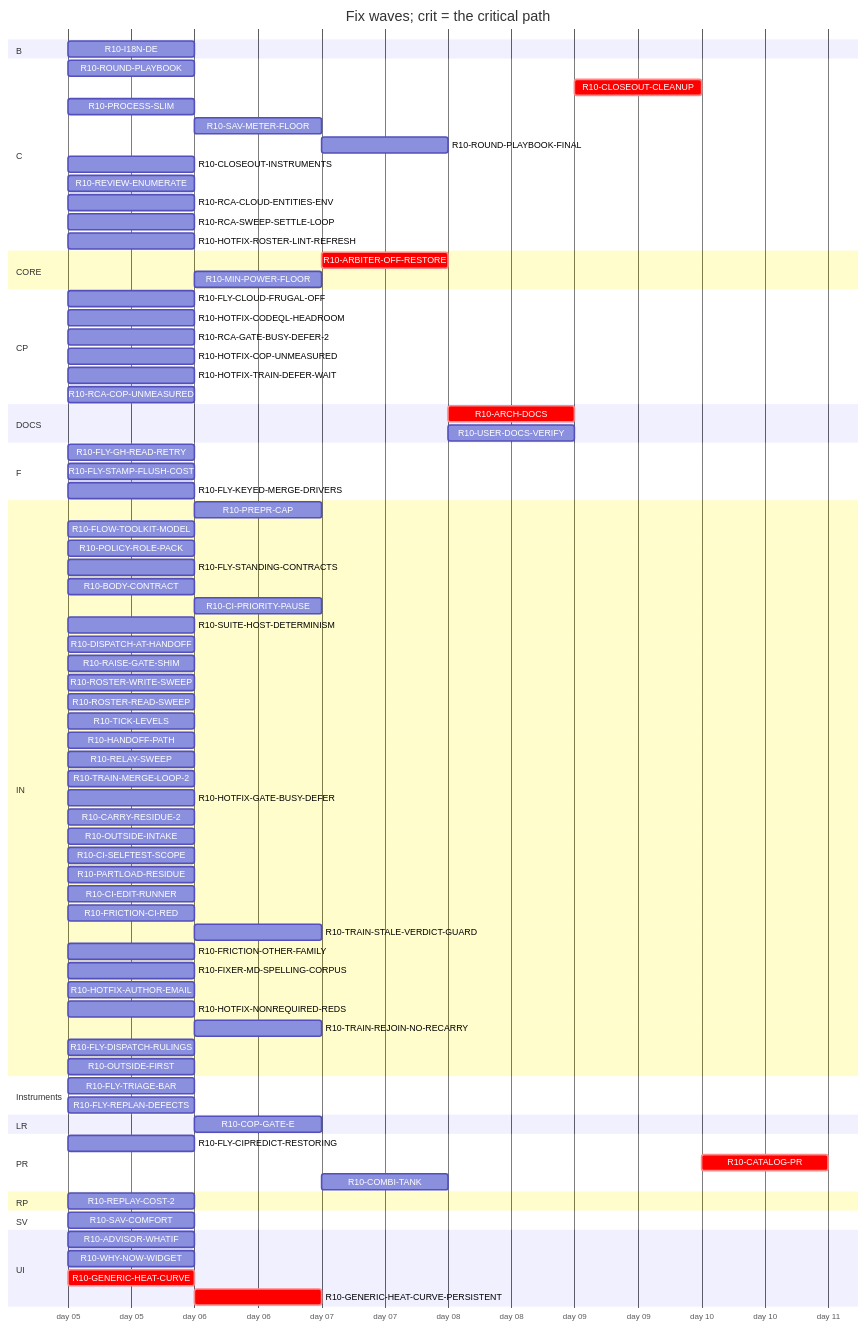
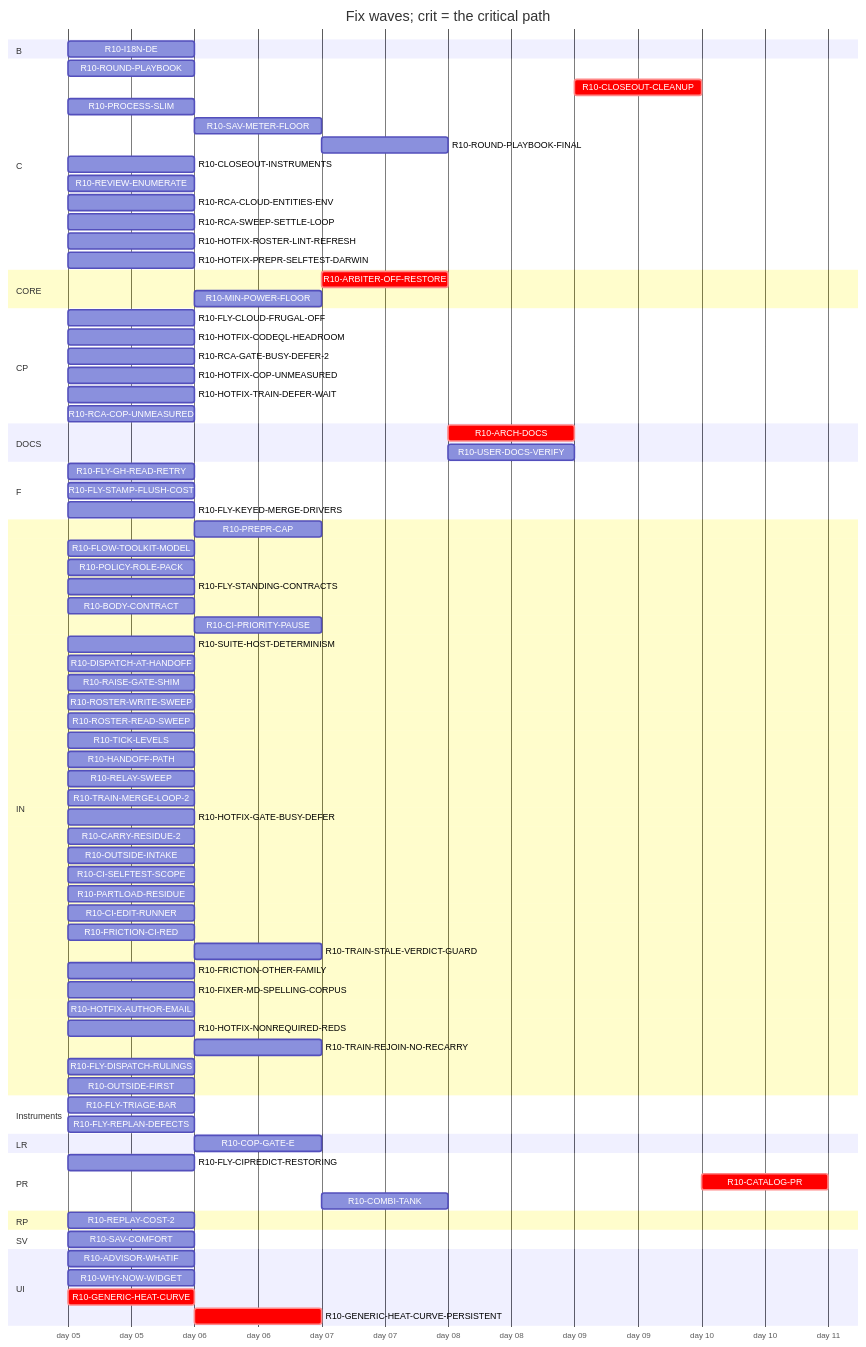
One commit to tvofi/heatpump_optimizer changed the diagram in handoff/round10/state/PLAN-TABLE.md. Above: the diagram before and after it, drawn with Mermaid. The commit also changed other lines of this file and 4 other files, not shown here.

Commit message:
state: FLOW-BOARD.md, NEXT-SESSION-PROMPT.md, PLAN-TABLE.md, PLAN.html, RESUME-CURRENT.md regenerated (state_docs.py)

```diff
--- a/handoff/round10/state/PLAN-TABLE.md
+++ b/handoff/round10/state/PLAN-TABLE.md
@@ -41,6 +41,7 @@
     R10-RCA-CLOUD-ENTITIES-ENV :r10RCACLOUDENTITIESENV, 2026-01-05, 1d
     R10-RCA-SWEEP-SETTLE-LOOP :r10RCASWEEPSETTLELOOP, 2026-01-05, 1d
     R10-HOTFIX-ROSTER-LINT-REFRESH :r10HOTFIXROSTERLINTREFRESH, 2026-01-05, 1d
+    R10-HOTFIX-PREPR-SELFTEST-DARWIN :r10HOTFIXPREPRSELFTESTDARWIN, 2026-01-05, 1d
   section CORE
     R10-ARBITER-OFF-RESTORE :crit, r10ARBITEROFFRESTORE, after r10GENERICHEATCURVE r10GENERICHEATCURVEPERSISTENT, 1d
     R10-MIN-POWER-FLOOR :r10MINPOWERFLOOR, after r10HOTFIXCOPUNMEASURED r10GENERICHEATCURVE, 1d
```
